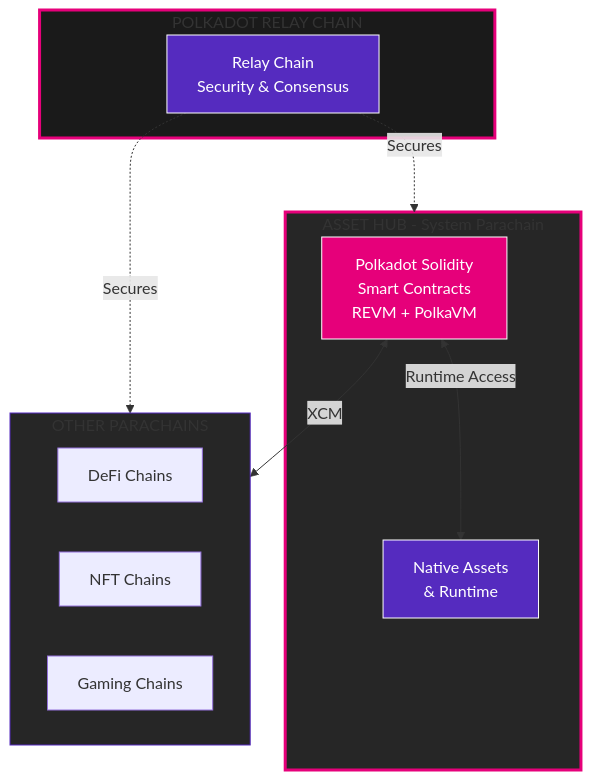
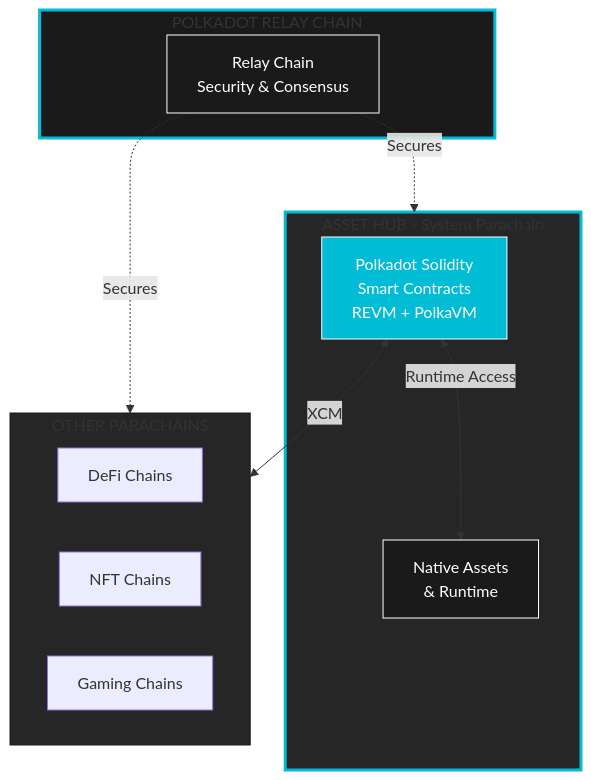
The first of 7 diagrams in slides/build-on-polkadot-narratives.md (openguild-labs/polkadot-codecamp), drawn with Mermaid before and after one commit. The commit also changed other lines of this file and 6 other files, not shown here.

````diff
--- a/slides/build-on-polkadot-narratives.md
+++ b/slides/build-on-polkadot-narratives.md
@@ -62,29 +62,29 @@
 ```mermaid
 graph TB
     subgraph RC[POLKADOT RELAY CHAIN]
         RELAY[Relay Chain<br/>Security & Consensus]
     end
 
     subgraph AH[ASSET HUB - System Parachain]
         HUB[Polkadot Solidity<br/>Smart Contracts<br/>REVM + PolkaVM]
         ASSETS[Native Assets<br/>& Runtime]
     end
 
     subgraph PARA[OTHER PARACHAINS]
         P1[DeFi Chains]
         P2[NFT Chains]
         P3[Gaming Chains]
     end
 
     RELAY -.->|Secures| AH
     RELAY -.->|Secures| PARA
     HUB <-->|XCM| PARA
     HUB <-->|Runtime Access| ASSETS
 
-    style RC fill:#1a1a1a,stroke:#E6007A,stroke-width:3px
-    style AH fill:#262626,stroke:#E6007A,stroke-width:3px
-    style HUB fill:#E6007A,stroke:#fff,color:#fff
-    style RELAY fill:#552BBF,stroke:#fff,color:#fff
-    style ASSETS fill:#552BBF,stroke:#fff,color:#fff
-    style PARA fill:#262626,stroke:#552BBF
+    style RC fill:#1a1a1a,stroke:#00BCD4,stroke-width:3px
+    style AH fill:#262626,stroke:#00BCD4,stroke-width:3px
+    style HUB fill:#00BCD4,stroke:#fff,color:#fff
+    style RELAY fill:#1a1a1a,stroke:#fff,color:#fff
+    style ASSETS fill:#1a1a1a,stroke:#fff,color:#fff
+    style PARA fill:#262626,stroke:#1a1a1a
 ```
````
